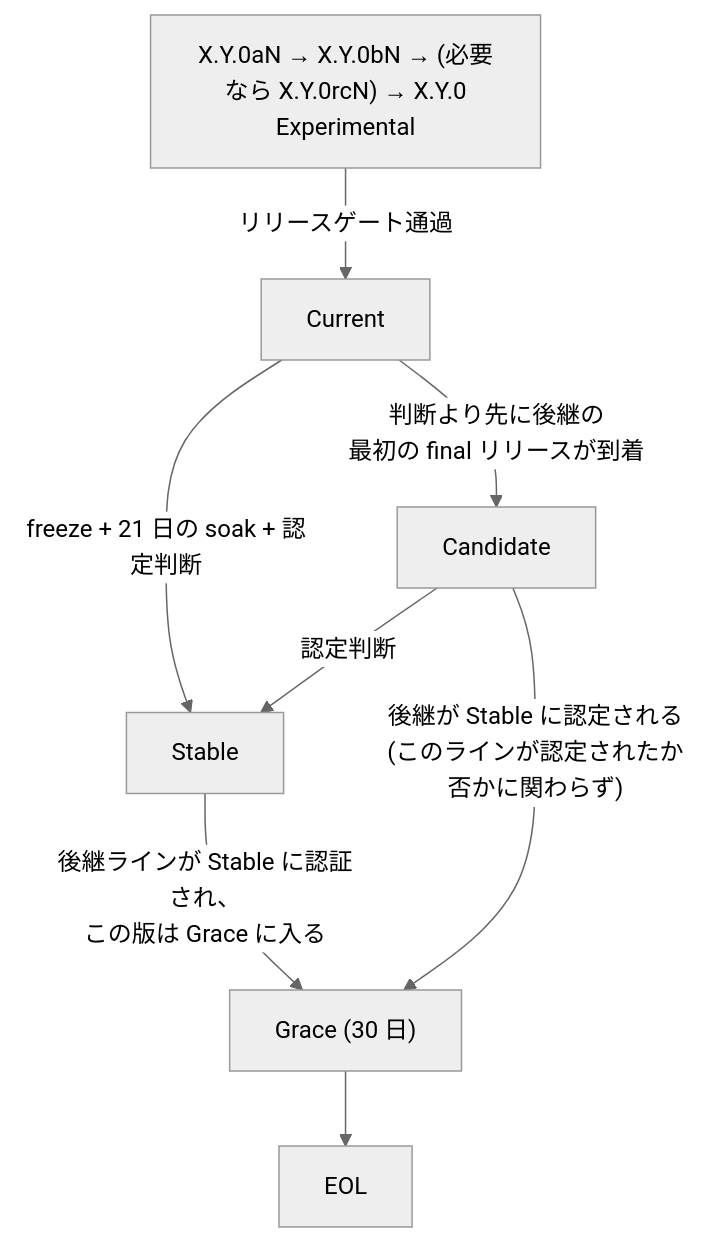
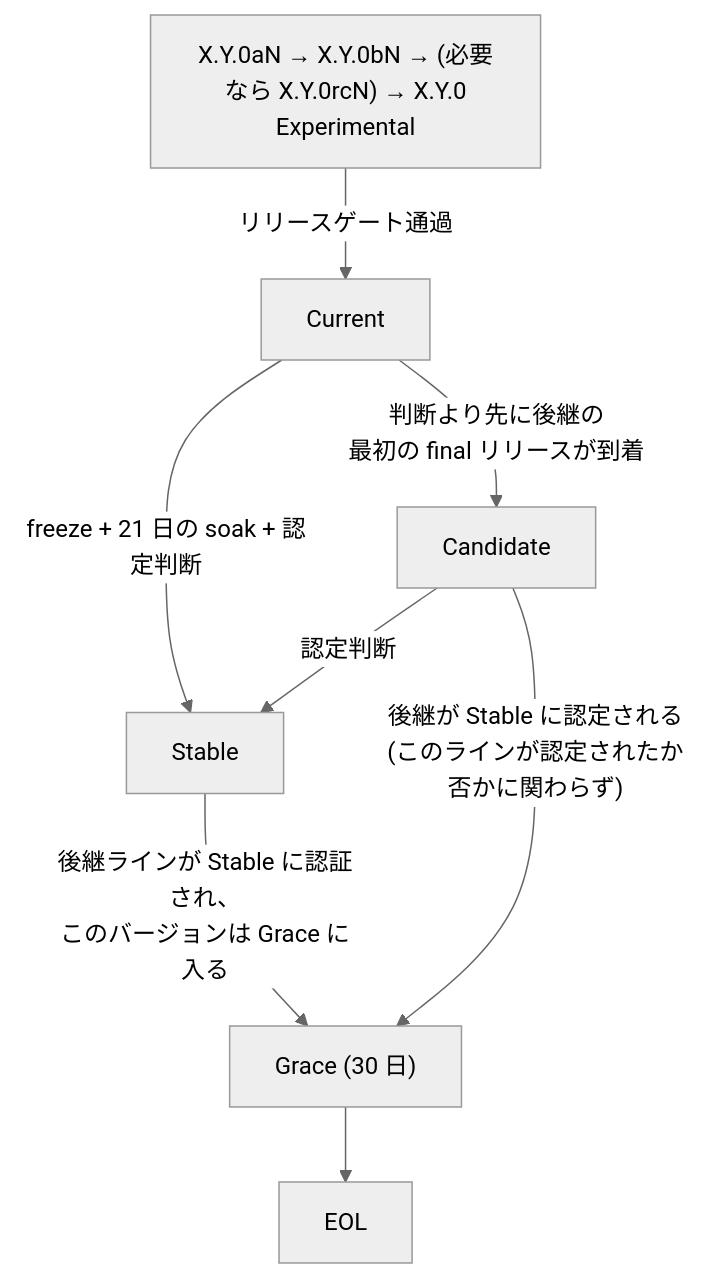
Before and after one commit to Cloto-dev/CPersona: the diagram in docs/RELEASE_LIFECYCLE_STANDARD.ja.md, drawn with Mermaid (neutral theme). The commit also changed 29 other files, not shown here.

````diff
--- a/docs/RELEASE_LIFECYCLE_STANDARD.ja.md
+++ b/docs/RELEASE_LIFECYCLE_STANDARD.ja.md
@@ -53,16 +53,16 @@
 ```mermaid
 flowchart TB
     pre["X.Y.0aN → X.Y.0bN → (必要なら X.Y.0rcN) → X.Y.0<br>Experimental"]
     cur["Current"]
     sta["Stable"]
     gra["Grace (30 日)"]
     eol["EOL"]
     cand["Candidate"]
     pre -- "リリースゲート通過" --> cur
     cur -- "freeze + 21 日の soak + 認定判断" --> sta
     cur -- "判断より先に後継の<br>最初の final リリースが到着" --> cand
     cand -- "認定判断" --> sta
     cand -- "後継が Stable に認定される<br>(このラインが認定されたか否かに関わらず)" --> gra
-    sta -- "後継ラインが Stable に認証され、<br>この版は Grace に入る" --> gra
+    sta -- "後継ラインが Stable に認証され、<br>このバージョンは Grace に入る" --> gra
     gra --> eol
 ```
````
